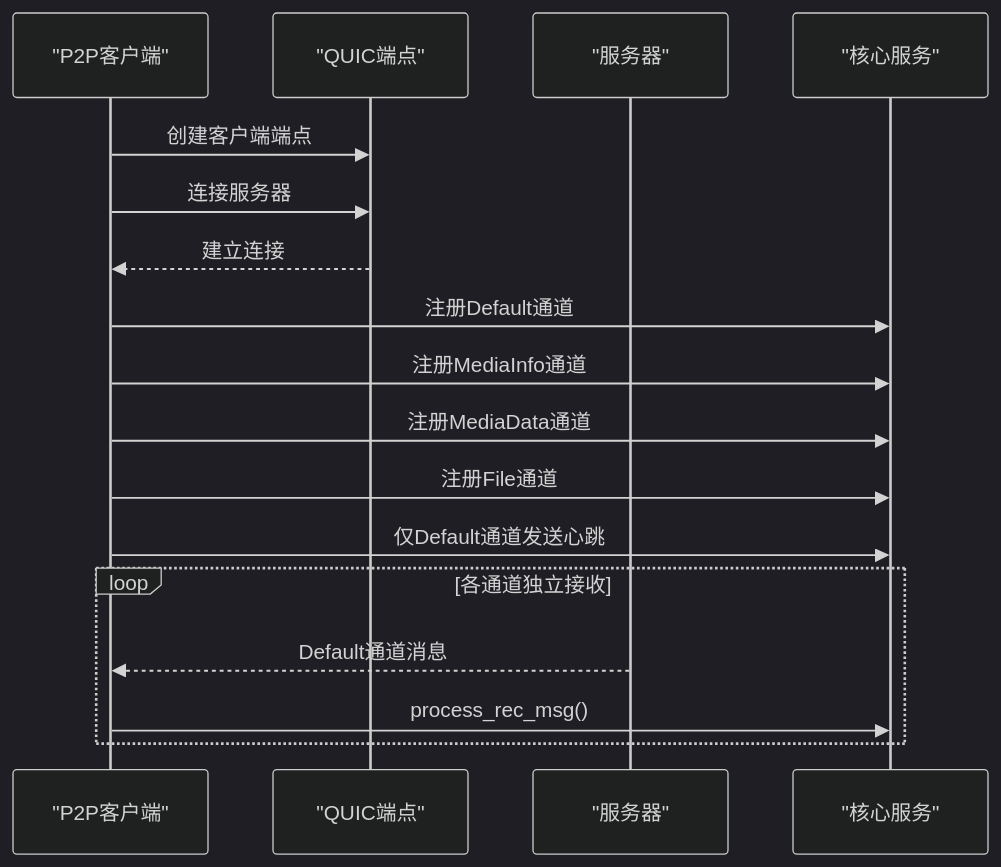
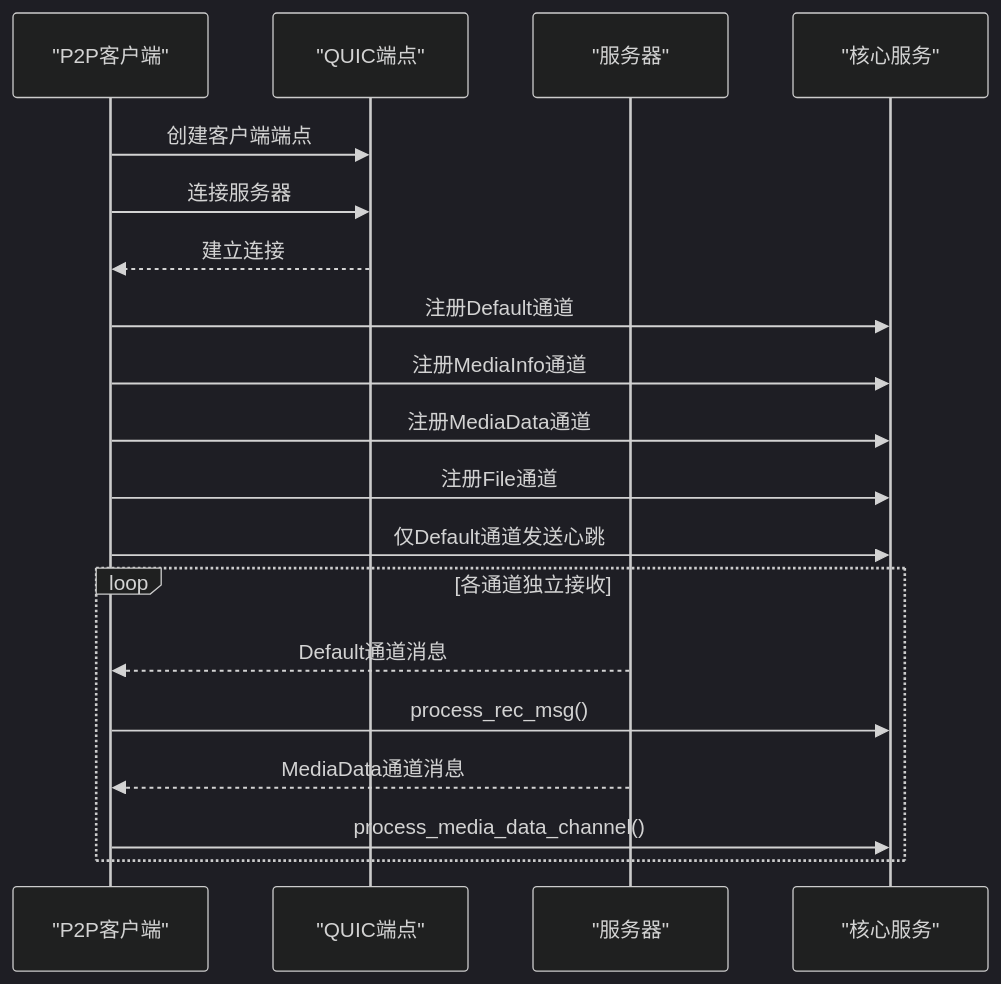
The seventh of 17 diagrams in .qoder/repowiki/zh/content/后端服务/P2P服务.md (nicolastinger/only-talk-app), drawn with Mermaid (dark theme) before and after one commit. The commit also changed other lines of this file and 5 other files, not shown here.

````diff
--- a/.qoder/repowiki/zh/content/后端服务/P2P服务.md
+++ b/.qoder/repowiki/zh/content/后端服务/P2P服务.md
@@ -333,19 +360,21 @@
 ```mermaid
 sequenceDiagram
 participant CLI as "P2P客户端"
 participant EP as "QUIC端点"
 participant SRV as "服务器"
 participant CORE as "核心服务"
 CLI->>EP : 创建客户端端点
 CLI->>EP : 连接服务器
 EP-->>CLI : 建立连接
 CLI->>CORE : 注册Default通道
 CLI->>CORE : 注册MediaInfo通道
 CLI->>CORE : 注册MediaData通道
 CLI->>CORE : 注册File通道
 CLI->>CORE : 仅Default通道发送心跳
 loop 各通道独立接收
 SRV-->>CLI : Default通道消息
 CLI->>CORE : process_rec_msg()
+SRV-->>CLI : MediaData通道消息
+CLI->>CORE : process_media_data_channel()
 end
 ```
````
